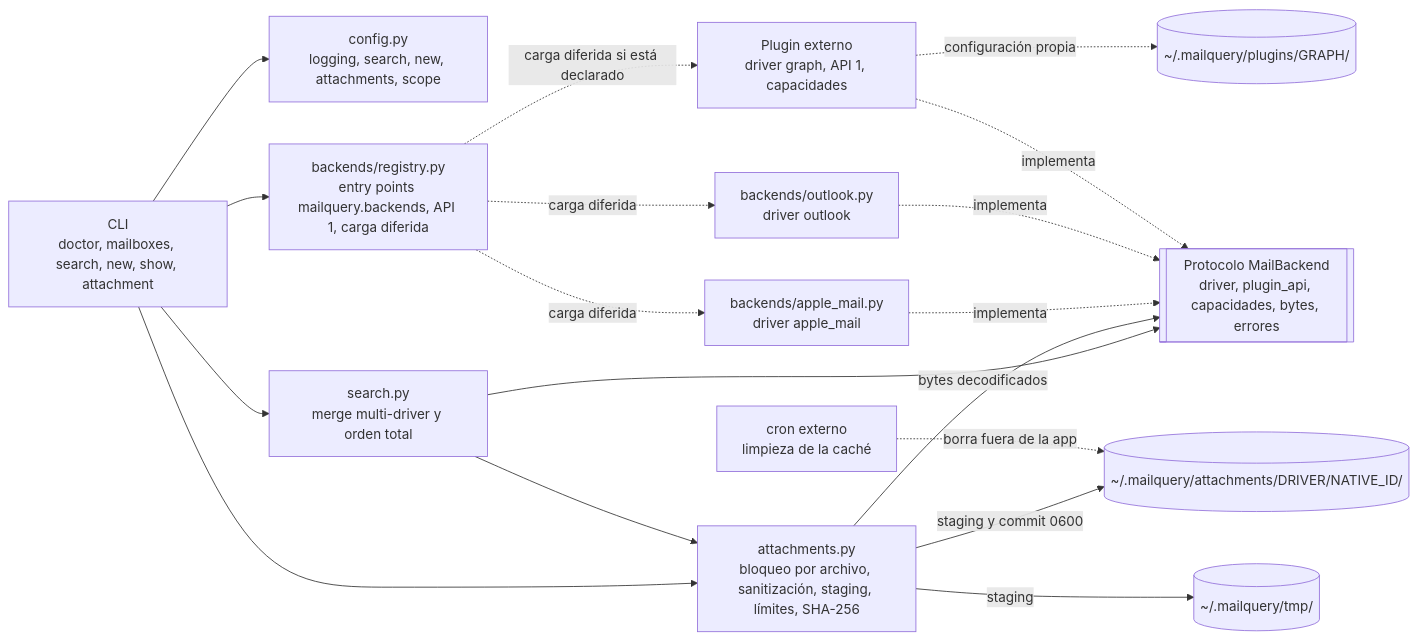
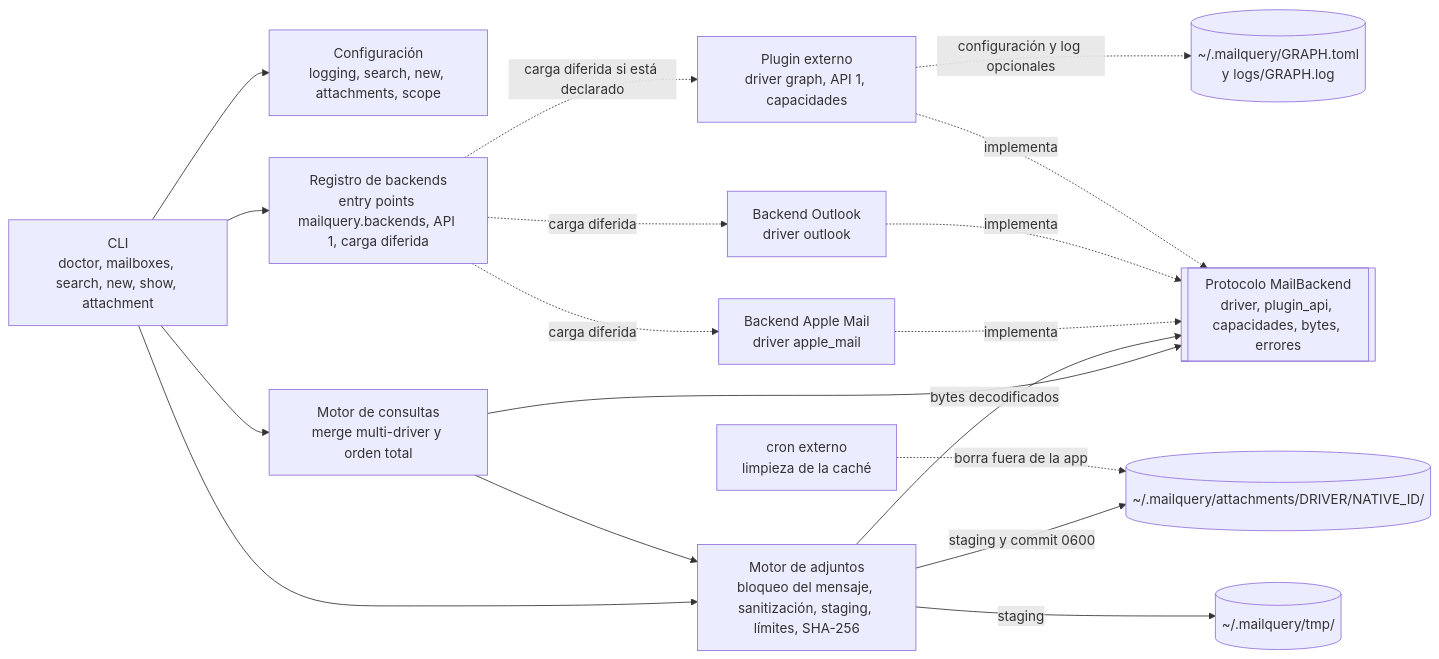
Before and after one commit to dayler/mailquery: the first of 2 diagrams in docs/PRD-v2.1.md, drawn with Mermaid. The commit also changed other lines of this file, not shown here.

````diff
--- a/docs/PRD-v2.1.md
+++ b/docs/PRD-v2.1.md
@@ -237,20 +260,20 @@
 ```mermaid
 flowchart LR
-    CLI[CLI<br/>doctor, mailboxes, search, new, show, attachment] --> CFG[config.py<br/>logging, search, new, attachments, scope]
-    CLI --> REG[backends/registry.py<br/>entry points mailquery.backends, API 1, carga diferida]
-    CLI --> SR[search.py<br/>merge multi-driver y orden total]
-    CLI --> ATT[attachments.py<br/>bloqueo por archivo, sanitización, staging, límites, SHA-256]
+    CLI[CLI<br/>doctor, mailboxes, search, new, show, attachment] --> CFG[Configuración<br/>logging, search, new, attachments, scope]
+    CLI --> REG[Registro de backends<br/>entry points mailquery.backends, API 1, carga diferida]
+    CLI --> SR[Motor de consultas<br/>merge multi-driver y orden total]
+    CLI --> ATT[Motor de adjuntos<br/>bloqueo del mensaje, sanitización, staging, límites, SHA-256]
     SR --> IF[[Protocolo MailBackend<br/>driver, plugin_api, capacidades, bytes, errores]]
     SR --> ATT
     ATT -->|bytes decodificados| IF
     ATT -->|staging y commit 0600| CACHE[(~/.mailquery/attachments/DRIVER/NATIVE_ID/)]
     ATT -->|staging| TMP[(~/.mailquery/tmp/)]
     CRON[cron externo<br/>limpieza de la caché] -.->|borra fuera de la app| CACHE
-    REG -.->|carga diferida| AM[backends/apple_mail.py<br/>driver apple_mail]
-    REG -.->|carga diferida| OL[backends/outlook.py<br/>driver outlook]
+    REG -.->|carga diferida| AM[Backend Apple Mail<br/>driver apple_mail]
+    REG -.->|carga diferida| OL[Backend Outlook<br/>driver outlook]
     REG -.->|carga diferida si está declarado| PLG[Plugin externo<br/>driver graph, API 1, capacidades]
-    PLG -.->|configuración propia| PLGCFG[(~/.mailquery/plugins/GRAPH/)]
+    PLG -.->|configuración y log opcionales| PLGCFG[(~/.mailquery/GRAPH.toml<br/>y logs/GRAPH.log)]
     AM -.implementa.-> IF
     OL -.implementa.-> IF
     PLG -.implementa.-> IF
 ```
````
